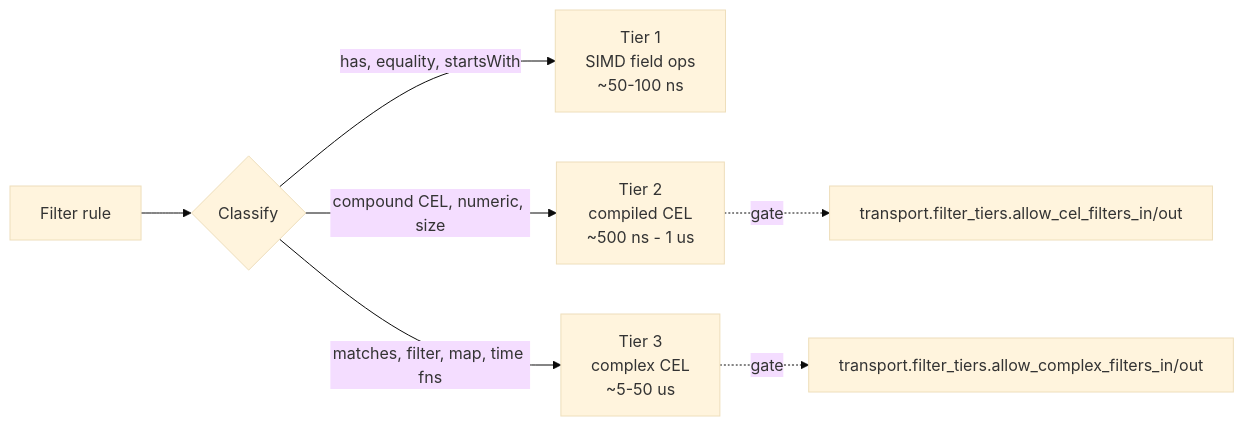
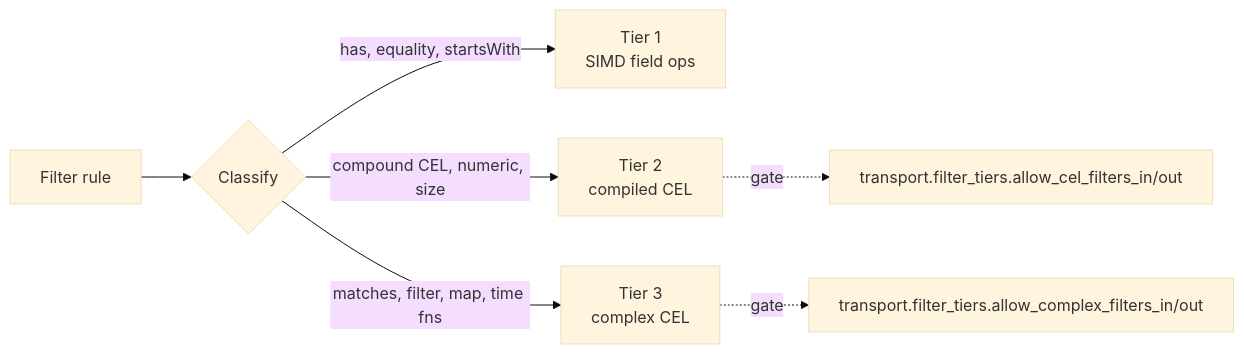
The diagram in docs/transport/filter-engine.md (hyperi-io/scalo-rs), drawn with Mermaid (base theme) before and after one commit. The commit also changed other lines of this file and 56 other files, not shown here.

````diff
--- a/docs/transport/filter-engine.md
+++ b/docs/transport/filter-engine.md
@@ -32,9 +32,9 @@
 ```mermaid
 flowchart LR
     R[Filter rule] --> C{Classify}
-    C -->|has, equality, startsWith| T1["Tier 1<br/>SIMD field ops<br/>~50-100 ns"]
-    C -->|compound CEL, numeric, size| T2["Tier 2<br/>compiled CEL<br/>~500 ns - 1 us"]
-    C -->|matches, filter, map, time fns| T3["Tier 3<br/>complex CEL<br/>~5-50 us"]
+    C -->|has, equality, startsWith| T1["Tier 1<br/>SIMD field ops"]
+    C -->|compound CEL, numeric, size| T2["Tier 2<br/>compiled CEL"]
+    C -->|matches, filter, map, time fns| T3["Tier 3<br/>complex CEL"]
     T2 -.->|gate| G2["transport.filter_tiers.allow_cel_filters_in/out"]
     T3 -.->|gate| G3["transport.filter_tiers.allow_complex_filters_in/out"]
 ```
````
